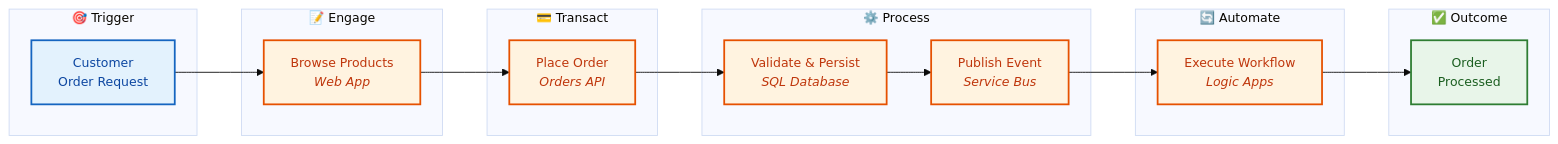
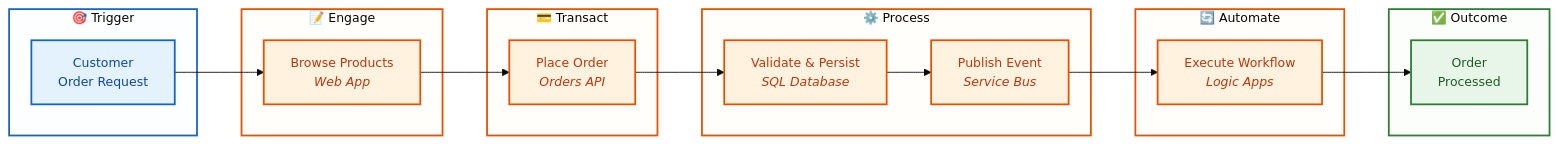
Before and after one commit to Evilazaro/Azure-LogicApps-Monitoring: the second of 3 diagrams in docs/architecture/01-business-architecture.md, drawn with Mermaid. The commit also changed other lines of this file, not shown here.

Commit message:
Enhance business architecture diagrams with improved subgraph container styling for better visual layer grouping

````diff
--- a/docs/architecture/01-business-architecture.md
+++ b/docs/architecture/01-business-architecture.md
@@ -118,39 +123,47 @@
 ```mermaid
 %%{init: {'theme': 'base', 'themeVariables': { 'fontSize': '14px'}}}%%
 flowchart LR
     subgraph Trigger["🎯 Trigger"]
         T1["Customer<br/>Order Request"]
     end
 
     subgraph Engage["📝 Engage"]
         S1["Browse Products<br/><i>Web App</i>"]
     end
 
     subgraph Transact["💳 Transact"]
         S2["Place Order<br/><i>Orders API</i>"]
     end
 
     subgraph Process["⚙️ Process"]
         S3["Validate & Persist<br/><i>SQL Database</i>"]
         S4["Publish Event<br/><i>Service Bus</i>"]
     end
 
     subgraph Automate["🔄 Automate"]
         S5["Execute Workflow<br/><i>Logic Apps</i>"]
     end
 
     subgraph Outcome["✅ Outcome"]
         O1["Order<br/>Processed"]
     end
 
     T1 --> S1 --> S2 --> S3 --> S4 --> S5 --> O1
 
     %% Accessible color palette with clear visual progression
     classDef trigger fill:#e3f2fd,stroke:#1565c0,stroke-width:2px,color:#0d47a1
     classDef stage fill:#fff3e0,stroke:#e65100,stroke-width:2px,color:#bf360c
     classDef outcome fill:#e8f5e9,stroke:#2e7d32,stroke-width:2px,color:#1b5e20
 
     class T1 trigger
     class S1,S2,S3,S4,S5 stage
     class O1 outcome
+
+    %% Subgraph container styling for visual phase grouping
+    style Trigger fill:#e3f2fd22,stroke:#1565c0,stroke-width:2px
+    style Engage fill:#fff3e022,stroke:#e65100,stroke-width:2px
+    style Transact fill:#fff3e022,stroke:#e65100,stroke-width:2px
+    style Process fill:#fff3e022,stroke:#e65100,stroke-width:2px
+    style Automate fill:#fff3e022,stroke:#e65100,stroke-width:2px
+    style Outcome fill:#e8f5e922,stroke:#2e7d32,stroke-width:2px
 ```
````
